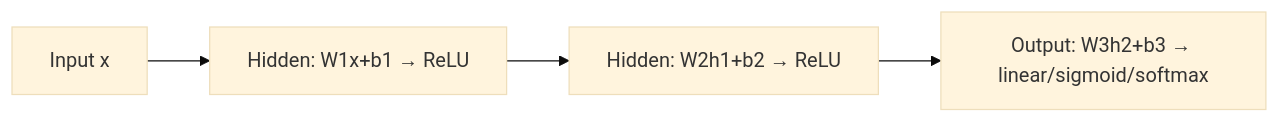
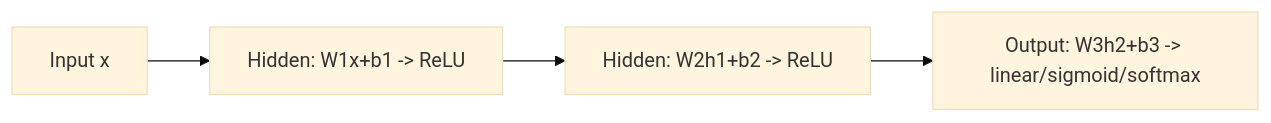
Before and after one commit to satishify/BackBenchLearner: the diagram in content/genai/module-1-foundations/session-1-ai-dl-essentials/08-activation-functions-and-mlp.md, drawn with Mermaid (base theme). The commit also changed other lines of this file and 242 other files, not shown here.

````diff
--- a/content/genai/module-1-foundations/session-1-ai-dl-essentials/08-activation-functions-and-mlp.md
+++ b/content/genai/module-1-foundations/session-1-ai-dl-essentials/08-activation-functions-and-mlp.md
@@ -47,6 +47,6 @@
 ```mermaid
 flowchart LR
-  X[Input x] --> H1["Hidden: W1x+b1 → ReLU"]
-  H1 --> H2["Hidden: W2h1+b2 → ReLU"]
-  H2 --> O["Output: W3h2+b3 → linear/sigmoid/softmax"]
+  X[Input x] --> H1["Hidden: W1x+b1 -> ReLU"]
+  H1 --> H2["Hidden: W2h1+b2 -> ReLU"]
+  H2 --> O["Output: W3h2+b3 -> linear/sigmoid/softmax"]
 ```
````
